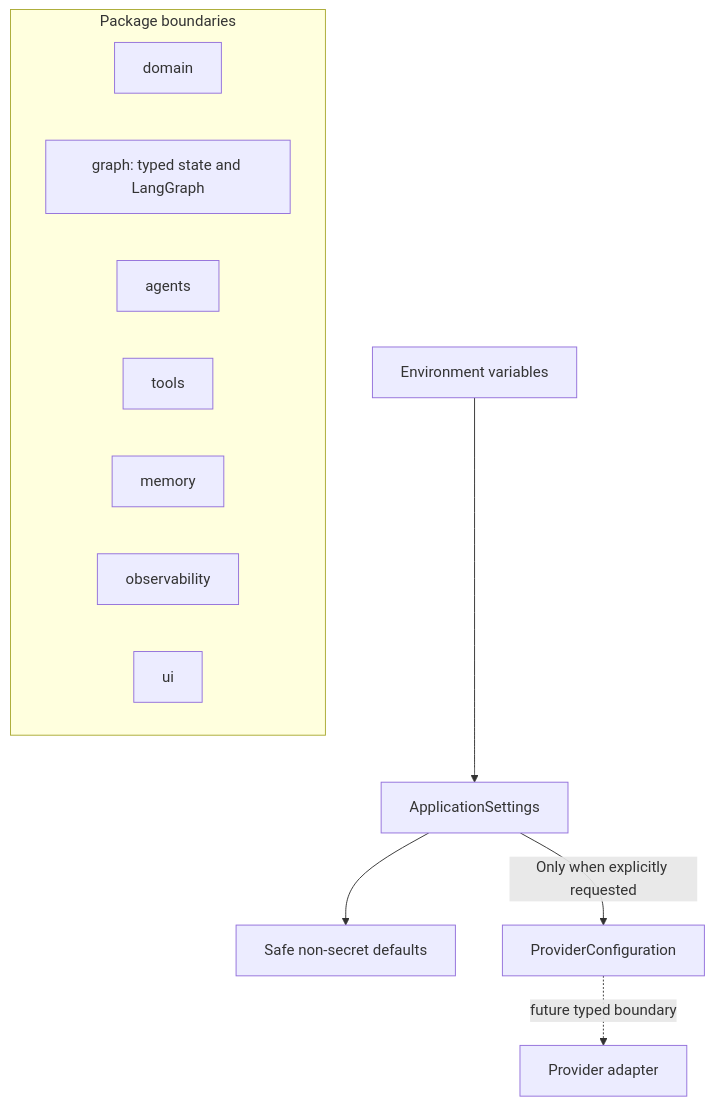
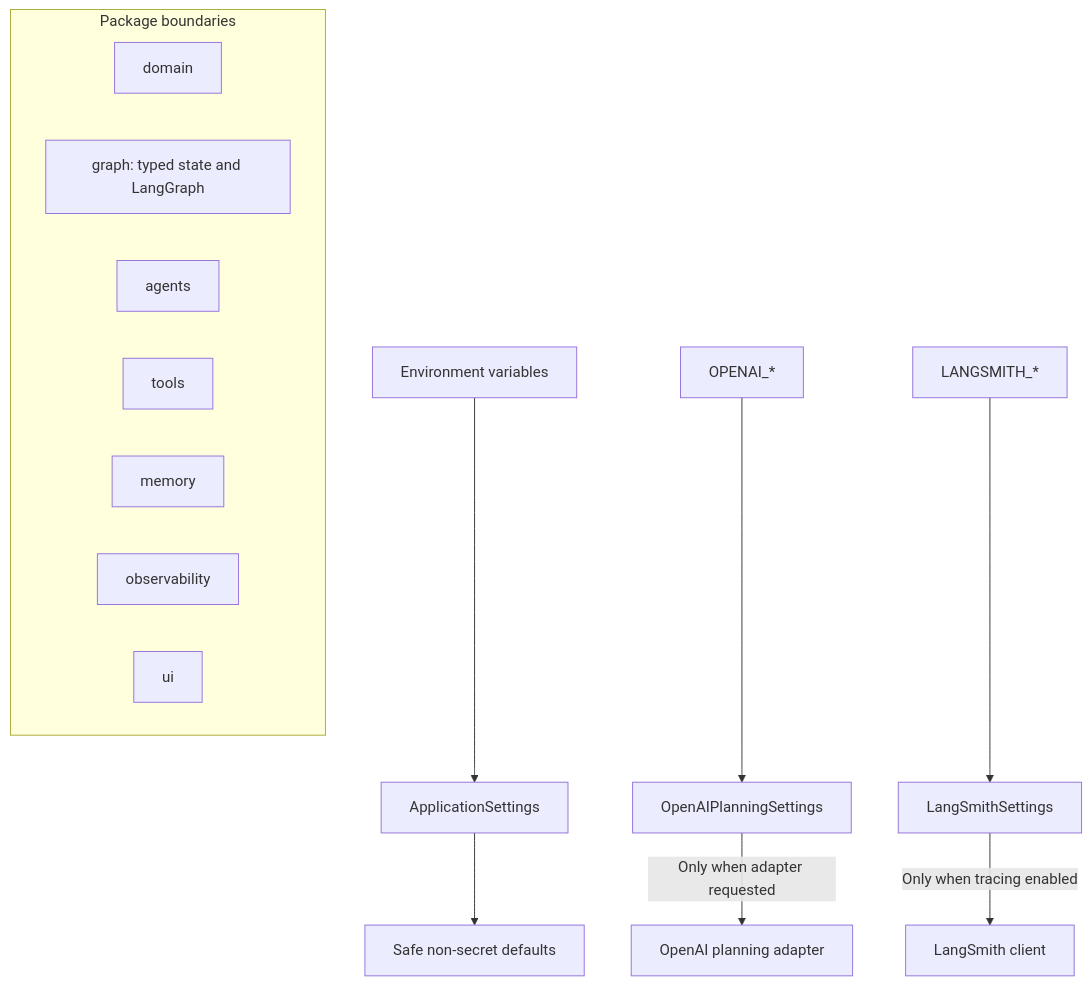
Before and after one commit to shanly-rajan/ai-builder: the ninth of 11 diagrams in projects/scholar-path/docs/architecture.md, drawn with Mermaid. The commit also changed other lines of this file and 37 other files, not shown here.

Commit message:
feat: add OpenAI research planning and LangSmith tracing

````diff
--- a/projects/scholar-path/docs/architecture.md
+++ b/projects/scholar-path/docs/architecture.md
@@ -153,17 +275,19 @@
 ```mermaid
 flowchart TB
     ENV[Environment variables] --> CFG[ApplicationSettings]
     CFG --> DEFAULTS[Safe non-secret defaults]
-    CFG -->|Only when explicitly requested| PC[ProviderConfiguration]
-    PC -. future typed boundary .-> ADAPTER[Provider adapter]
+    OAIENV[OPENAI_*] --> OAICFG[OpenAIPlanningSettings]
+    OAICFG -->|Only when adapter requested| OAIADAPTER[OpenAI planning adapter]
+    LSENV[LANGSMITH_*] --> LSCFG[LangSmithSettings]
+    LSCFG -->|Only when tracing enabled| LSCLIENT[LangSmith client]
 
     subgraph Package boundaries
         DOMAIN[domain]
         GRAPH[graph: typed state and LangGraph]
         AGENTS[agents]
         TOOLS[tools]
         MEMORY[memory]
         OBS[observability]
         UI[ui]
     end
 ```
````
